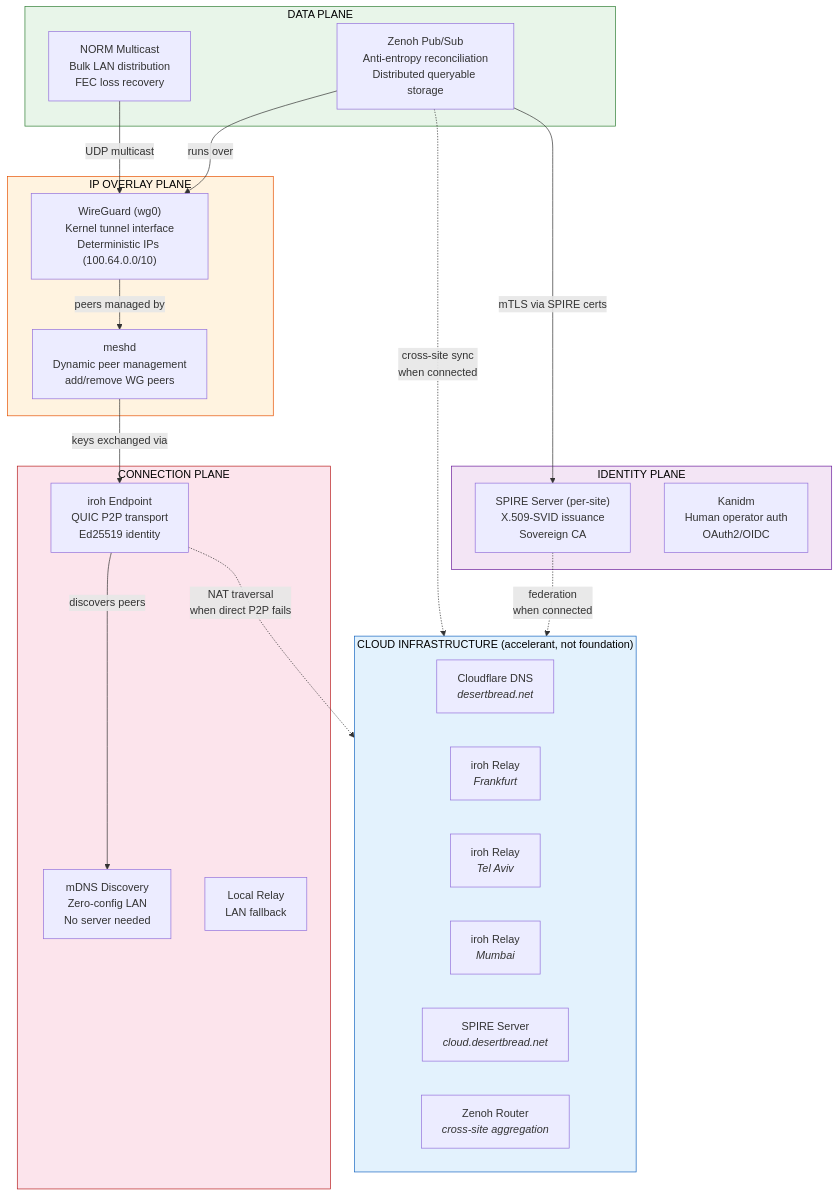
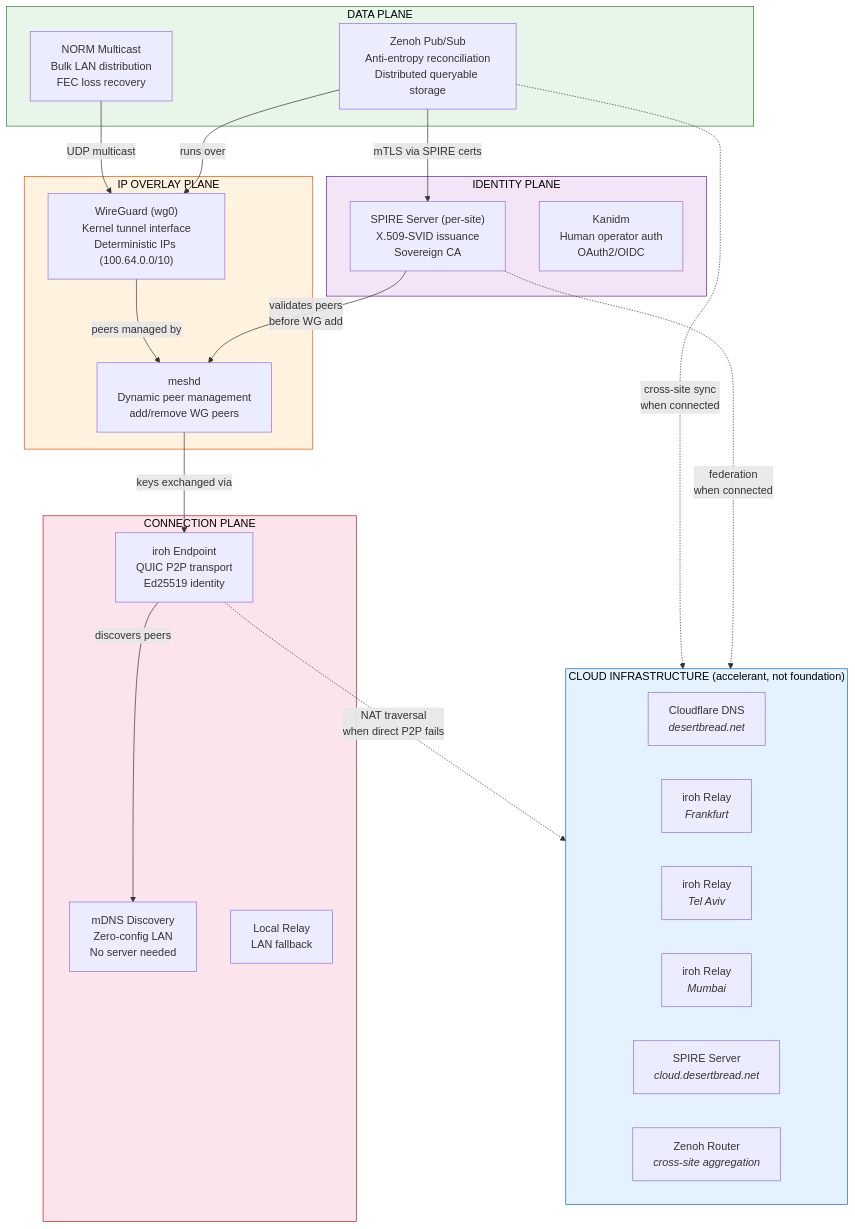
Before and after one commit to dlf-dds/DesertBreadProto: the first of 14 diagrams in docs/architecture-diagrams.md, drawn with Mermaid. The commit also changed other lines of this file and 1 other file, not shown here.

First line of the commit message:
Update docs and architecture diagrams for TunnelDriver abstraction

````diff
--- a/docs/architecture-diagrams.md
+++ b/docs/architecture-diagrams.md
@@ -47,50 +47,51 @@
 ```mermaid
 graph TB
     subgraph CLOUD["CLOUD INFRASTRUCTURE (accelerant, not foundation)"]
         direction LR
         CF_DNS["Cloudflare DNS<br/><i>desertbread.net</i>"]
         RELAY_FRA["iroh Relay<br/><i>Frankfurt</i>"]
         RELAY_ISR["iroh Relay<br/><i>Tel Aviv</i>"]
         RELAY_MUM["iroh Relay<br/><i>Mumbai</i>"]
         SPIRE_CLOUD["SPIRE Server<br/><i>cloud.desertbread.net</i>"]
         ZENOH_CLOUD["Zenoh Router<br/><i>cross-site aggregation</i>"]
     end
 
     subgraph DATA["DATA PLANE"]
         ZENOH["Zenoh Pub/Sub<br/>Anti-entropy reconciliation<br/>Distributed queryable storage"]
         NORM["NORM Multicast<br/>Bulk LAN distribution<br/>FEC loss recovery"]
     end
 
     subgraph IDENTITY["IDENTITY PLANE"]
         SPIRE_SITE["SPIRE Server (per-site)<br/>X.509-SVID issuance<br/>Sovereign CA"]
         KANIDM["Kanidm<br/>Human operator auth<br/>OAuth2/OIDC"]
     end
 
     subgraph OVERLAY["IP OVERLAY PLANE"]
         WG["WireGuard (wg0)<br/>Kernel tunnel interface<br/>Deterministic IPs (100.64.0.0/10)"]
         MESHD_WG["meshd<br/>Dynamic peer management<br/>add/remove WG peers"]
     end
 
     subgraph CONNECTION["CONNECTION PLANE"]
         IROH["iroh Endpoint<br/>QUIC P2P transport<br/>Ed25519 identity"]
         MDNS["mDNS Discovery<br/>Zero-config LAN<br/>No server needed"]
         RELAY_LOCAL["Local Relay<br/>LAN fallback"]
     end
 
     ZENOH -->|"mTLS via SPIRE certs"| SPIRE_SITE
     ZENOH -->|"runs over"| WG
     NORM -->|"UDP multicast"| WG
+    SPIRE_SITE -->|"validates peers<br/>before WG add"| MESHD_WG
     WG -->|"peers managed by"| MESHD_WG
     MESHD_WG -->|"keys exchanged via"| IROH
     IROH -->|"discovers peers"| MDNS
     IROH -.->|"NAT traversal<br/>when direct P2P fails"| RELAY_FRA
 
     SPIRE_SITE -.->|"federation<br/>when connected"| SPIRE_CLOUD
     ZENOH -.->|"cross-site sync<br/>when connected"| ZENOH_CLOUD
 
     style CLOUD fill:#e3f2fd,stroke:#1565c0,color:#000
     style DATA fill:#e8f5e9,stroke:#2e7d32,color:#000
     style IDENTITY fill:#f3e5f5,stroke:#6a1b9a,color:#000
     style OVERLAY fill:#fff3e0,stroke:#e65100,color:#000
     style CONNECTION fill:#fce4ec,stroke:#b71c1c,color:#000
 ```
````
